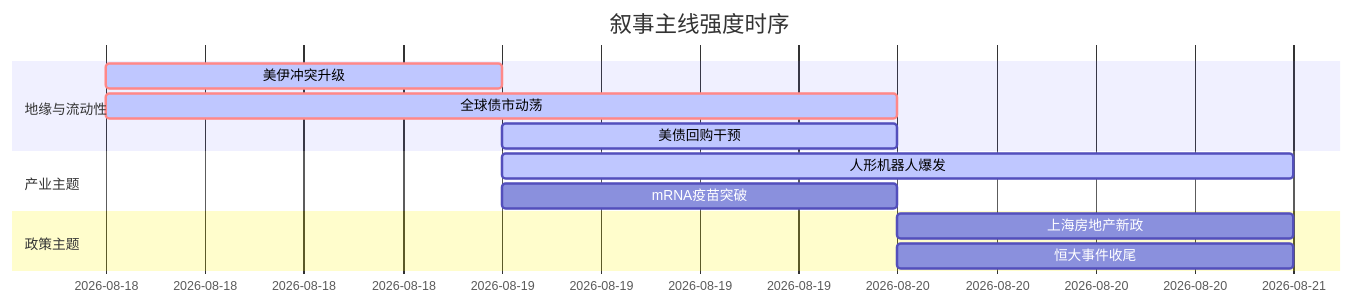
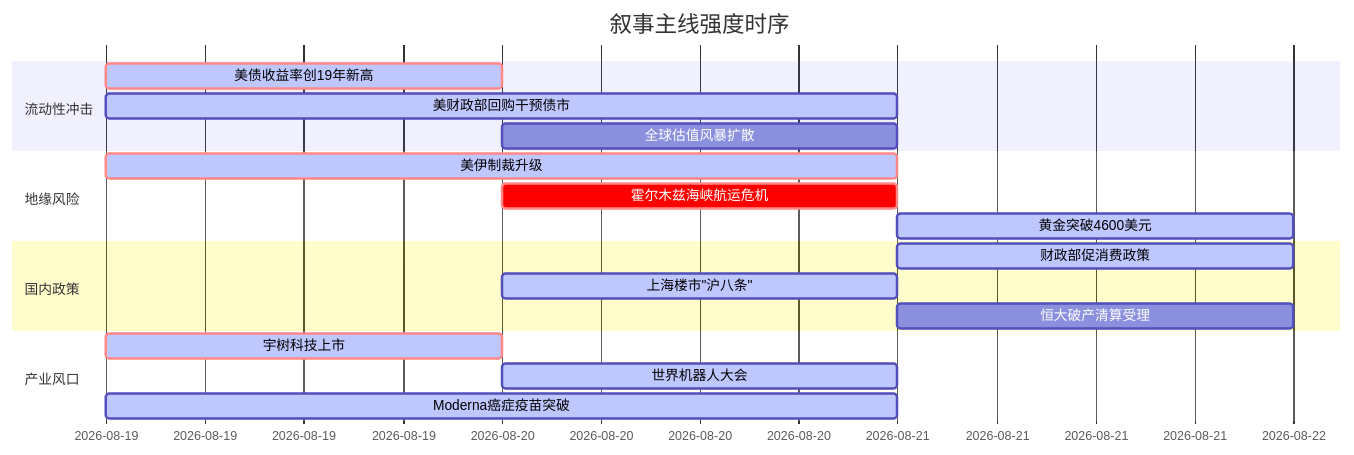
One commit to uu5zn/uu5zn.github.io changed the diagram in 5day_report.md. Above: the diagram before and after it, drawn with Mermaid. The commit also changed other lines of this file and 25 other files, not shown here.

````diff
--- a/5day_report.md
+++ b/5day_report.md
@@ -58,17 +86,24 @@
 ```mermaid
 gantt
     title 叙事主线强度时序
     dateFormat YYYY-MM-DD
-    section 地缘与流动性
-    美伊冲突升级     :crit, active, 2026-08-18, 1d
-    全球债市动荡     :crit, active, 2026-08-18, 2d
-    美债回购干预     :active, 2026-08-19, 1d
+    section 流动性冲击
+    美债收益率创19年新高   :crit, active, 2026-08-19, 1d
+    美财政部回购干预债市   :active, 2026-08-19, 2d
+    全球估值风暴扩散       :2026-08-20, 1d
     
-    section 产业主题
-    人形机器人爆发   :active, 2026-08-19, 2d
-    mRNA疫苗突破     :2026-08-19, 1d
+    section 地缘风险
+    美伊制裁升级           :crit, active, 2026-08-19, 2d
+    霍尔木兹海峡航运危机   :crit, 2026-08-20, 1d
+    黄金突破4600美元       :active, 2026-08-21, 1d
     
-    section 政策主题
-    上海房地产新政   :2026-08-20, 1d
-    恒大事件收尾     :2026-08-20, 1d
+    section 国内政策
+    财政部促消费政策       :active, 2026-08-21, 1d
+    上海楼市"沪八条"       :active, 2026-08-20, 1d
+    恒大破产清算受理       :2026-08-21, 1d
+    
+    section 产业风口
+    宇树科技上市           :crit, active, 2026-08-19, 1d
+    世界机器人大会         :active, 2026-08-20, 1d
+    Moderna癌症疫苗突破    :active, 2026-08-19, 2d
 ```
````
